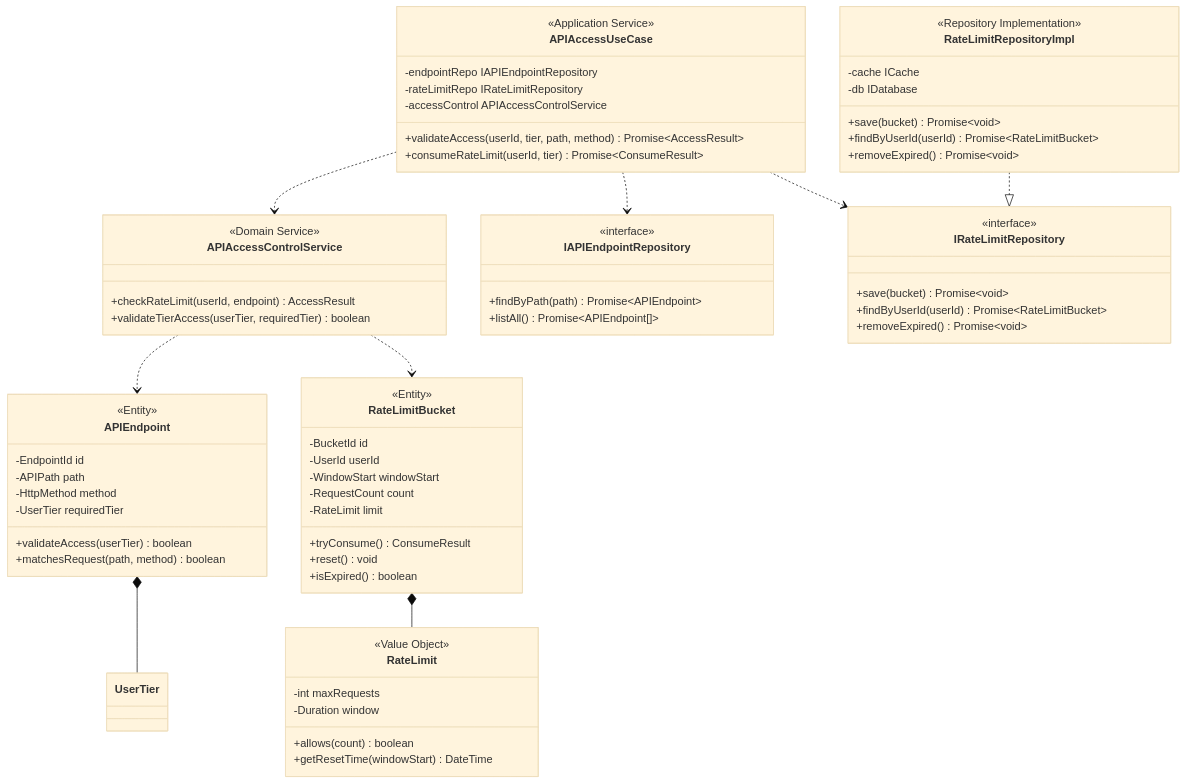
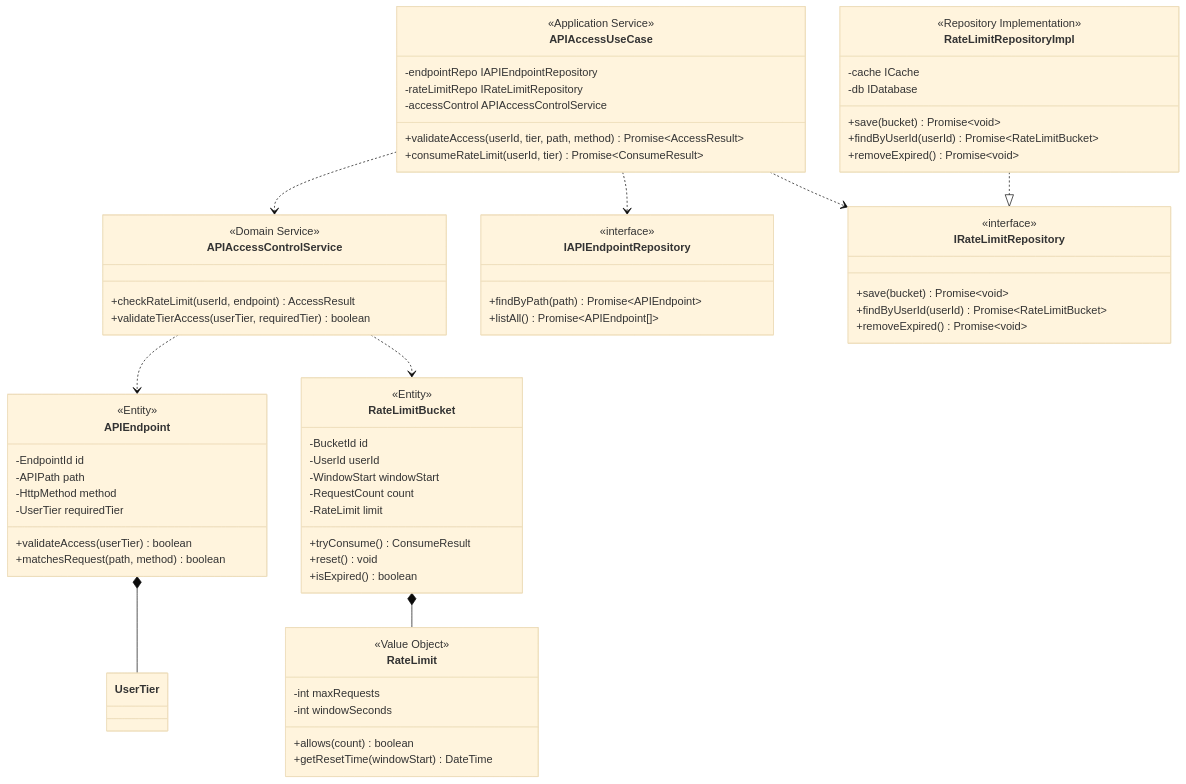
One commit to hydrangeas/redis-test changed diagram 11 of 14 in docs/specs/step5-design.md. Above: the diagram before and after it, drawn with Mermaid (base theme). The commit also changed other lines of this file, not shown here.

```diff
--- a/docs/specs/step5-design.md
+++ b/docs/specs/step5-design.md
@@ -962,7 +881,7 @@
     class RateLimit {
         <<Value Object>>
         -int maxRequests
-        -Duration window
+        -int windowSeconds
         +allows(count) boolean
         +getResetTime(windowStart) DateTime
     }
```
